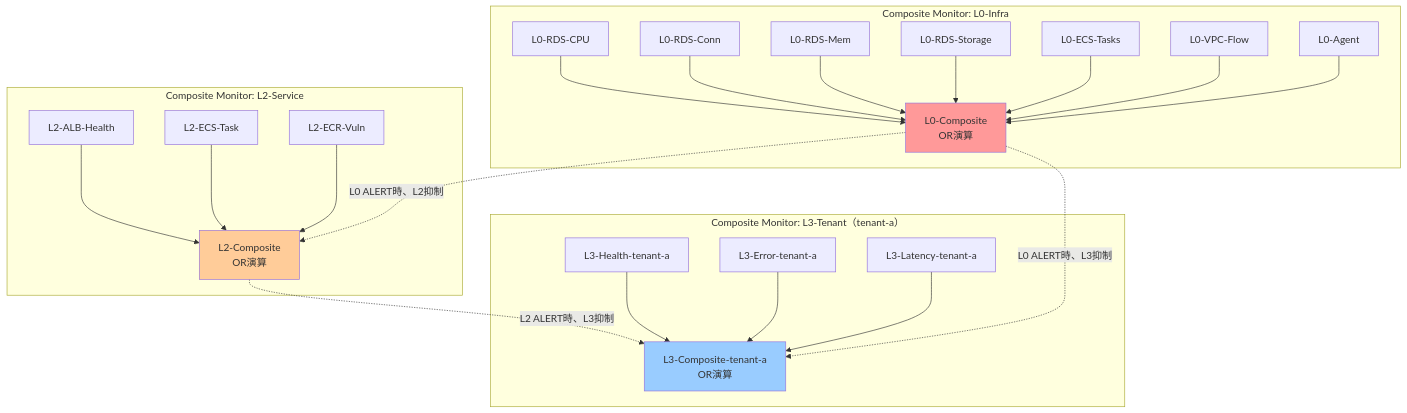
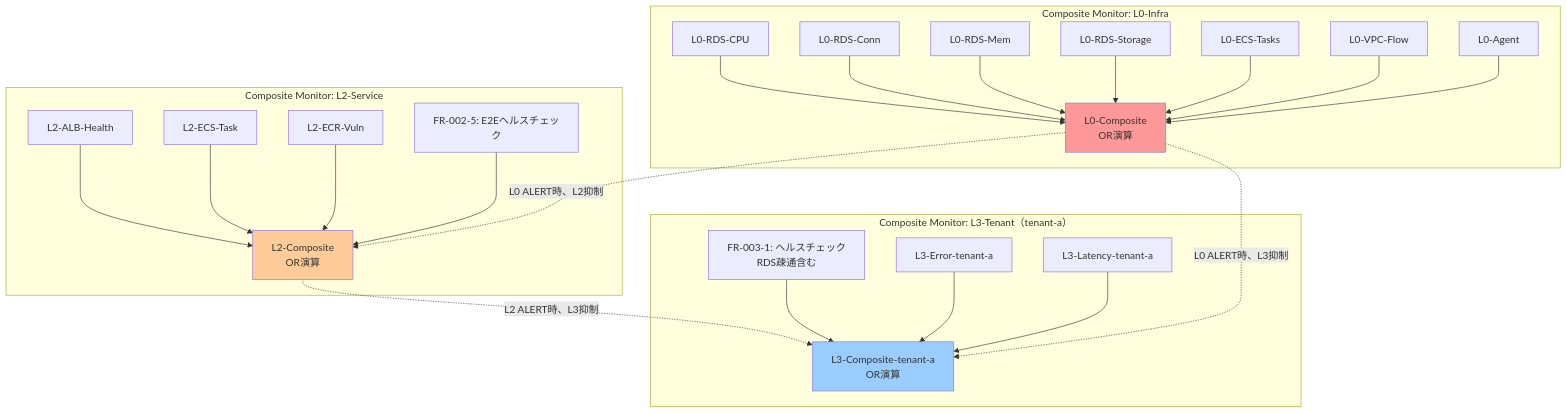
One commit to k-tanaka-522/datadog-for-AWS-terraform changed the diagram in docs/04_インフラ設計/01_基本設計/05_監視設計.md. Above: the diagram before and after it, drawn with Mermaid. The commit also changed other lines of this file and 30 other files, not shown here.

````diff
--- a/docs/04_インフラ設計/01_基本設計/05_監視設計.md
+++ b/docs/04_インフラ設計/01_基本設計/05_監視設計.md
@@ -94,52 +309,54 @@
 ```mermaid
 graph TB
     subgraph "Composite Monitor: L0-Infra"
         L0_Composite[L0-Composite<br/>OR演算]
         L0_RDS[L0-RDS-CPU]
         L0_Conn[L0-RDS-Conn]
         L0_Mem[L0-RDS-Mem]
         L0_Storage[L0-RDS-Storage]
         L0_ECS[L0-ECS-Tasks]
         L0_VPC[L0-VPC-Flow]
         L0_Agent[L0-Agent]
 
         L0_RDS --> L0_Composite
         L0_Conn --> L0_Composite
         L0_Mem --> L0_Composite
         L0_Storage --> L0_Composite
         L0_ECS --> L0_Composite
         L0_VPC --> L0_Composite
         L0_Agent --> L0_Composite
     end
 
     subgraph "Composite Monitor: L2-Service"
         L2_Composite[L2-Composite<br/>OR演算]
         L2_ALB[L2-ALB-Health]
         L2_Task[L2-ECS-Task]
         L2_ECR[L2-ECR-Vuln]
+        L2_E2E[FR-002-5: E2Eヘルスチェック]
 
         L2_ALB --> L2_Composite
         L2_Task --> L2_Composite
         L2_ECR --> L2_Composite
+        L2_E2E --> L2_Composite
     end
 
     subgraph "Composite Monitor: L3-Tenant（tenant-a）"
         L3_Composite_A[L3-Composite-tenant-a<br/>OR演算]
-        L3_Health_A[L3-Health-tenant-a]
+        L3_Health_A[FR-003-1: ヘルスチェック<br/>RDS疎通含む]
         L3_Error_A[L3-Error-tenant-a]
         L3_Latency_A[L3-Latency-tenant-a]
 
         L3_Health_A --> L3_Composite_A
         L3_Error_A --> L3_Composite_A
         L3_Latency_A --> L3_Composite_A
     end
 
     %% アラート抑制の親子関係
     L0_Composite -.->|L0 ALERT時、L2抑制| L2_Composite
     L0_Composite -.->|L0 ALERT時、L3抑制| L3_Composite_A
     L2_Composite -.->|L2 ALERT時、L3抑制| L3_Composite_A
 
     style L0_Composite fill:#ff9999
     style L2_Composite fill:#ffcc99
     style L3_Composite_A fill:#99ccff
 ```
````
